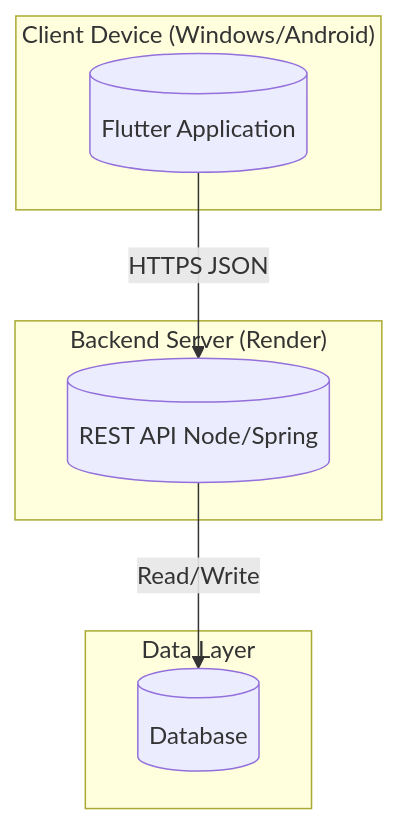
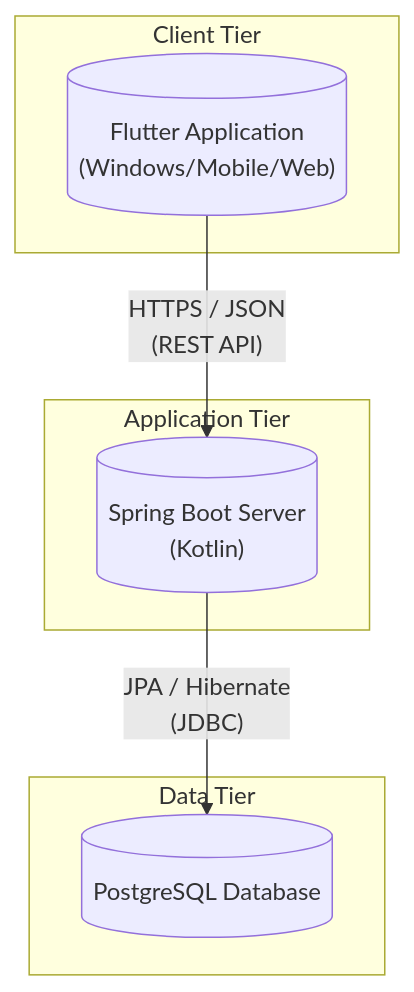
The fifth of 9 diagrams in diagrams/04_Chapter2_Modeling.md (AmirtterK/human-resources-management), drawn with Mermaid before and after one commit. The commit also changed other lines of this file and 2 other files, not shown here.

````diff
--- a/diagrams/04_Chapter2_Modeling.md
+++ b/diagrams/04_Chapter2_Modeling.md
@@ -169,17 +212,17 @@
 ```mermaid
 graph TD
-    subgraph "Client Device (Windows/Android)"
-        FlutterApp[("Flutter Application")]
+    subgraph "Client Tier"
+        FlutterApp[("Flutter Application\n(Windows/Mobile/Web)")]
     end
 
-    subgraph "Backend Server (Render)"
-        API[("REST API Node/Spring")]
+    subgraph "Application Tier"
+        SpringBoot[("Spring Boot Server\n(Kotlin)")]
     end
 
-    subgraph "Data Layer"
-        DB[("Database")]
+    subgraph "Data Tier"
+        PostgreSQL[("PostgreSQL Database")]
     end
 
-    FlutterApp -- HTTPS JSON --> API
-    API -- Read/Write --> DB
+    FlutterApp -- "HTTPS / JSON\n(REST API)" --> SpringBoot
+    SpringBoot -- "JPA / Hibernate\n(JDBC)" --> PostgreSQL
 ```
````
